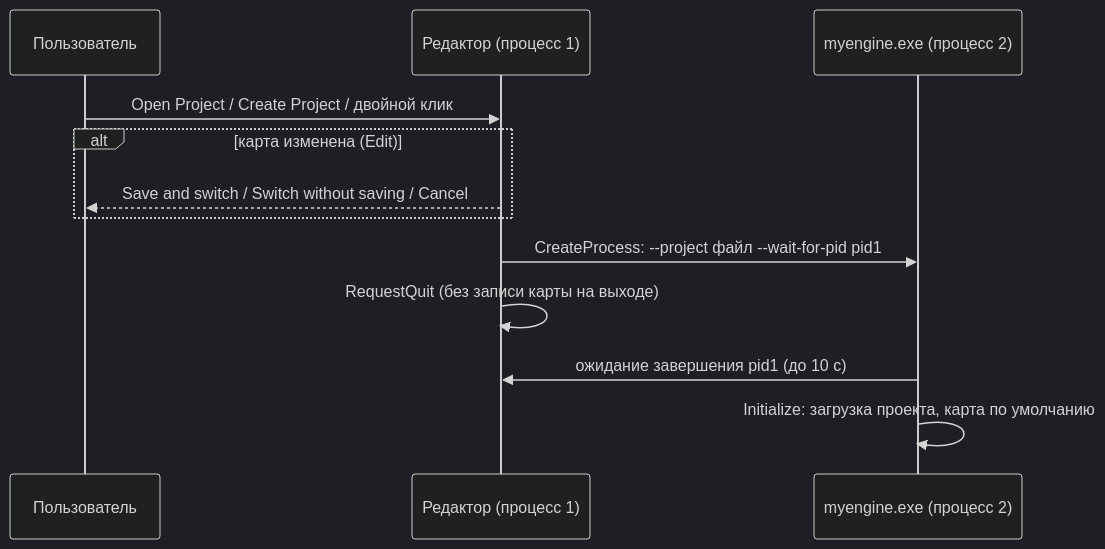
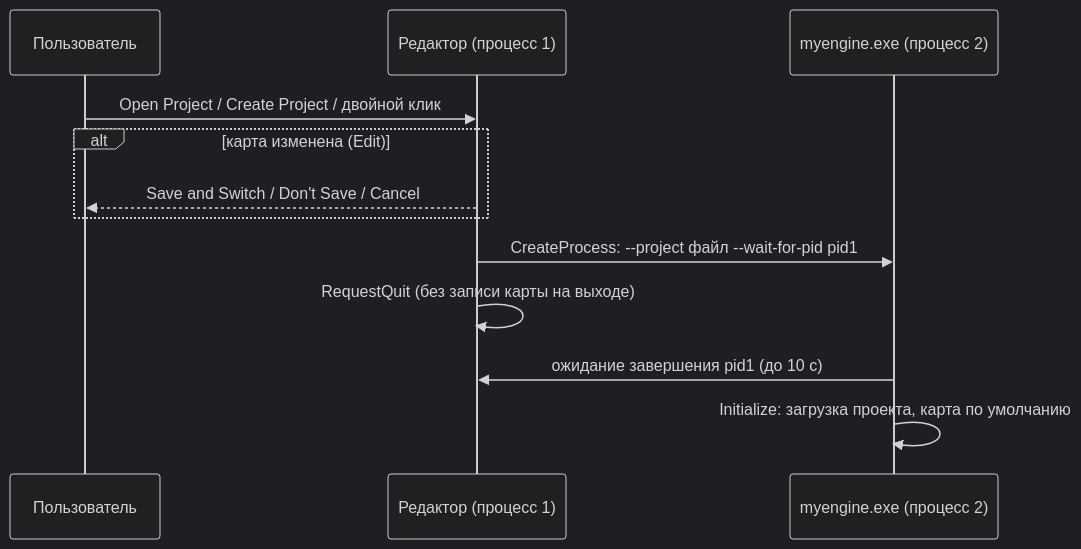
Before and after one commit to DvornikovArtem/myengine: the second of 2 diagrams in docs/editor/projects.md, drawn with Mermaid (dark theme). The commit also changed other lines of this file and 3 other files, not shown here.

````diff
--- a/docs/editor/projects.md
+++ b/docs/editor/projects.md
@@ -168,14 +168,14 @@
 ```mermaid
 sequenceDiagram
     participant U as Пользователь
     participant E as Редактор (процесс 1)
     participant N as myengine.exe (процесс 2)
     U->>E: Open Project / Create Project / двойной клик
     alt карта изменена (Edit)
-        E-->>U: Save and switch / Switch without saving / Cancel
+        E-->>U: Save and Switch / Don't Save / Cancel
     end
     E->>N: CreateProcess: --project файл --wait-for-pid pid1
     E->>E: RequestQuit (без записи карты на выходе)
     N->>E: ожидание завершения pid1 (до 10 с)
     N->>N: Initialize: загрузка проекта, карта по умолчанию
 ```
````
